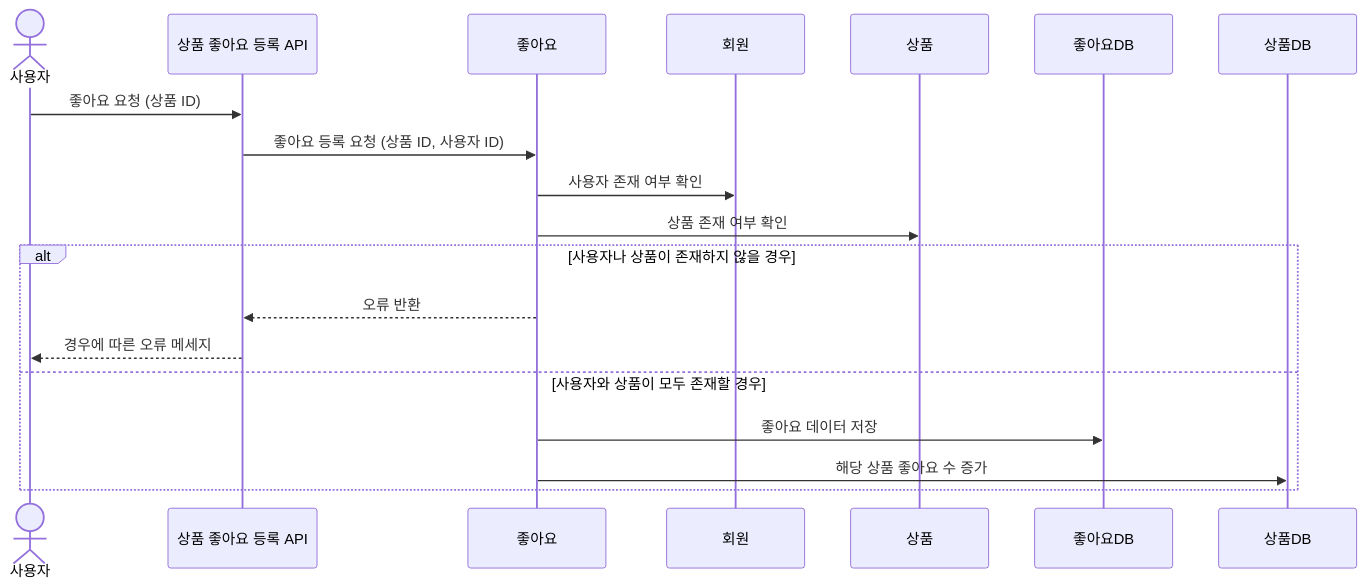
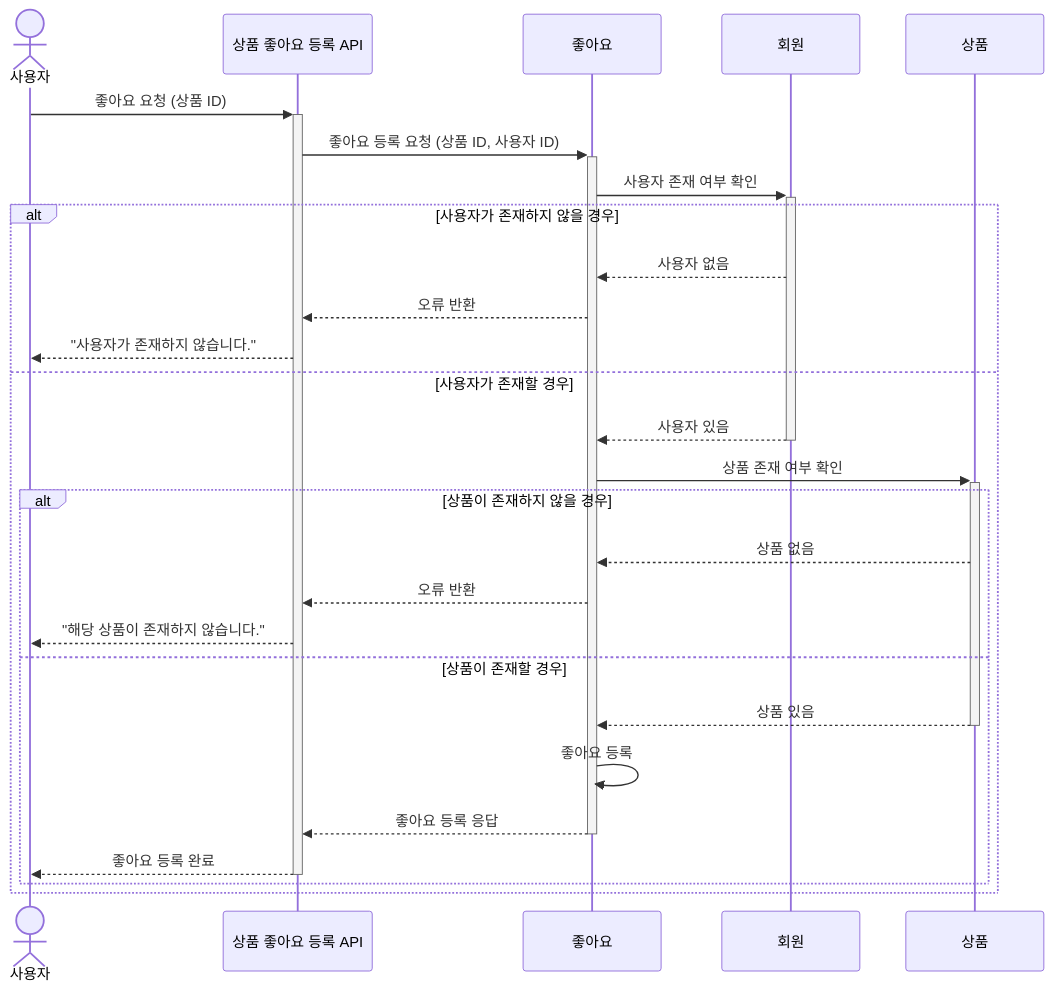
Before and after one commit to kodonghee/loopers-e-commerce: the fourth of 9 diagrams in docs/design/02-sequence-diagrams.md, drawn with Mermaid. The commit also changed other lines of this file, not shown here.

Commit message:
feat: 시퀀스 다이어그램 - 주문 관련 작성

````diff
--- a/docs/design/02-sequence-diagrams.md
+++ b/docs/design/02-sequence-diagrams.md
@@ -79,24 +68,32 @@
 ```mermaid
 sequenceDiagram
 actor 사용자
 participant 상품 좋아요 등록 API
 participant 좋아요
 participant 회원
 participant 상품
-participant 좋아요DB
-participant 상품DB
 
-    사용자->>상품 좋아요 등록 API: 좋아요 요청 (상품 ID)
+    사용자->>+상품 좋아요 등록 API: 좋아요 요청 (상품 ID)
 
-    상품 좋아요 등록 API->>좋아요: 좋아요 등록 요청 (상품 ID, 사용자 ID)
-    좋아요->>회원: 사용자 존재 여부 확인
-    좋아요->>상품: 상품 존재 여부 확인
+    상품 좋아요 등록 API->>+좋아요: 좋아요 등록 요청 (상품 ID, 사용자 ID)
+    좋아요->>+회원: 사용자 존재 여부 확인
 
-    alt 사용자나 상품이 존재하지 않을 경우
+    alt 사용자가 존재하지 않을 경우
+        회원-->>좋아요: 사용자 없음
         좋아요-->>상품 좋아요 등록 API: 오류 반환
-        상품 좋아요 등록 API-->>사용자: 경우에 따른 오류 메세지
-    else 사용자와 상품이 모두 존재할 경우
-        좋아요->>좋아요DB: 좋아요 데이터 저장
-        좋아요->>상품DB: 해당 상품 좋아요 수 증가
+        상품 좋아요 등록 API-->>사용자: "사용자가 존재하지 않습니다."
+    else 사용자가 존재할 경우
+        회원-->>-좋아요: 사용자 있음
+        좋아요->>+상품: 상품 존재 여부 확인
+        alt 상품이 존재하지 않을 경우
+            상품-->>좋아요: 상품 없음
+            좋아요-->>상품 좋아요 등록 API: 오류 반환
+            상품 좋아요 등록 API-->>사용자: "해당 상품이 존재하지 않습니다."
+        else 상품이 존재할 경우
+            상품-->>-좋아요: 상품 있음
+            좋아요->>좋아요: 좋아요 등록
+            좋아요-->>-상품 좋아요 등록 API: 좋아요 등록 응답
+            상품 좋아요 등록 API-->>-사용자: 좋아요 등록 완료
+        end
     end
 ```
````
